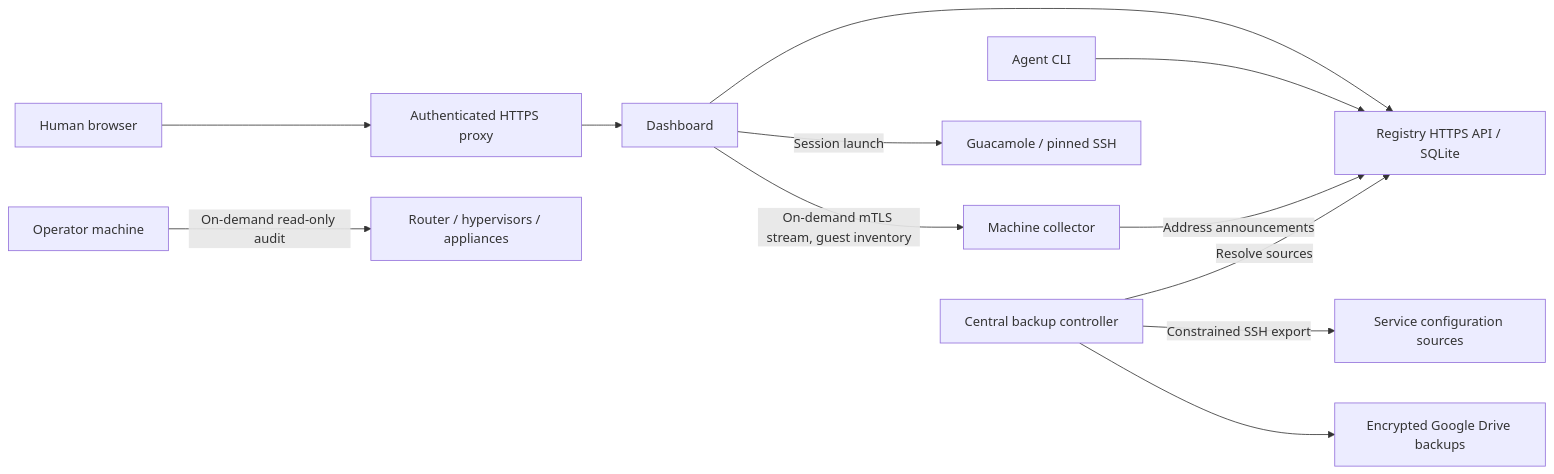
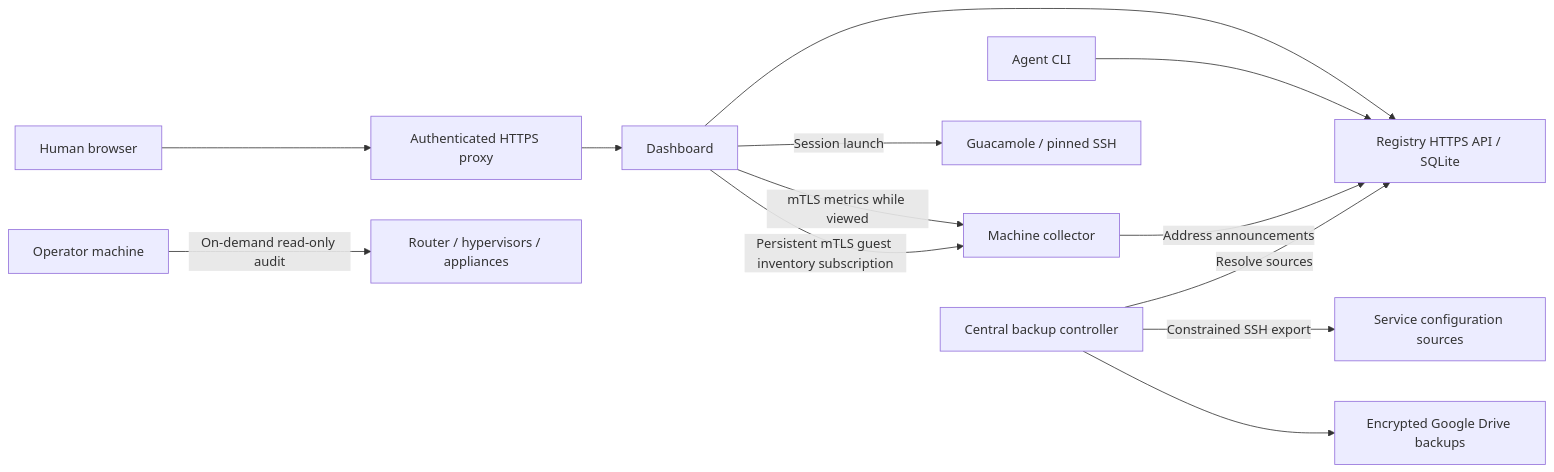
One commit to csells/home-lab-registry changed the diagram in specs/architecture/registry-dashboard.md. Above: the diagram before and after it, drawn with Mermaid. The commit also changed other lines of this file and 21 other files, not shown here.

````diff
--- a/specs/architecture/registry-dashboard.md
+++ b/specs/architecture/registry-dashboard.md
@@ -13,14 +12,15 @@
 ```mermaid
 flowchart LR
   Operator[Human browser] --> Proxy[Authenticated HTTPS proxy]
   Proxy --> Dashboard[Dashboard]
   Dashboard --> Registry[Registry HTTPS API / SQLite]
   Agent[Agent CLI] --> Registry
   Collector[Machine collector] -->|Address announcements| Registry
-  Dashboard -->|On-demand mTLS stream, guest inventory| Collector
+  Dashboard -->|mTLS metrics while viewed| Collector
+  Dashboard -->|Persistent mTLS guest inventory subscription| Collector
   Dashboard -->|Session launch| Terminal[Guacamole / pinned SSH]
   Operator2[Operator machine] -->|On-demand read-only audit| Infra[Router / hypervisors / appliances]
   Backup[Central backup controller] -->|Resolve sources| Registry
   Backup -->|Constrained SSH export| Sources[Service configuration sources]
   Backup --> Drive[Encrypted Google Drive backups]
 ```
````
